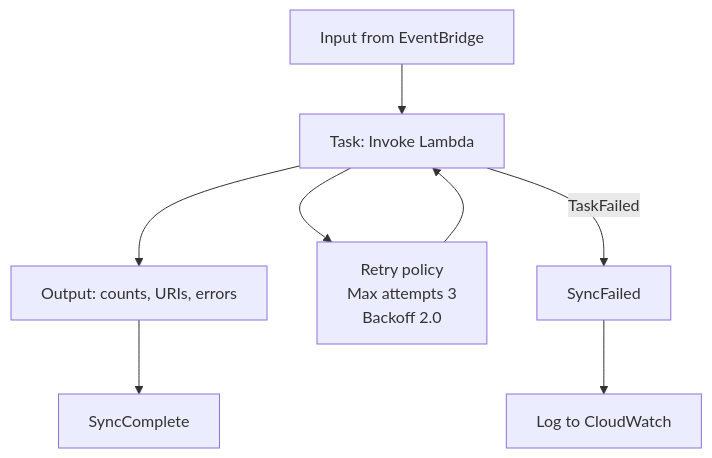
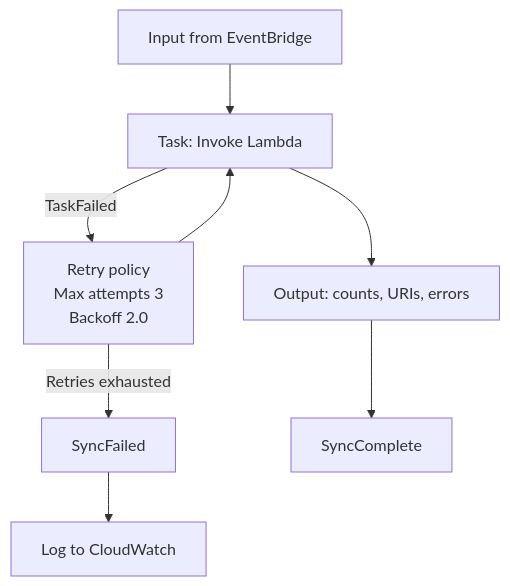
One commit to wellcomecollection/docs changed the sixth of 6 diagrams in rfcs/090-axiell-folio-sync/README.md. Above: the diagram before and after it, drawn with Mermaid. The commit also changed other lines of this file, not shown here.

Commit message:
More changes to diagrams

````diff
--- a/rfcs/090-axiell-folio-sync/README.md
+++ b/rfcs/090-axiell-folio-sync/README.md
@@ -410,10 +412,10 @@
 ```mermaid
 flowchart TD
     input[Input from EventBridge] --> invoke[Task: Invoke Lambda]
     invoke --> output[Output: counts, URIs, errors]
-  invoke --> retryPolicy[Retry policy<br/>Max attempts 3<br/>Backoff 2.0]
-  retryPolicy --> invoke
-    invoke -->|TaskFailed| failed[SyncFailed]
+    invoke -->|TaskFailed| retryPolicy[Retry policy<br/>Max attempts 3<br/>Backoff 2.0]
+    retryPolicy --> invoke
+    retryPolicy -->|Retries exhausted| failed[SyncFailed]
     failed --> failedLog[Log to CloudWatch]
     output --> success[SyncComplete]
 ```
````
